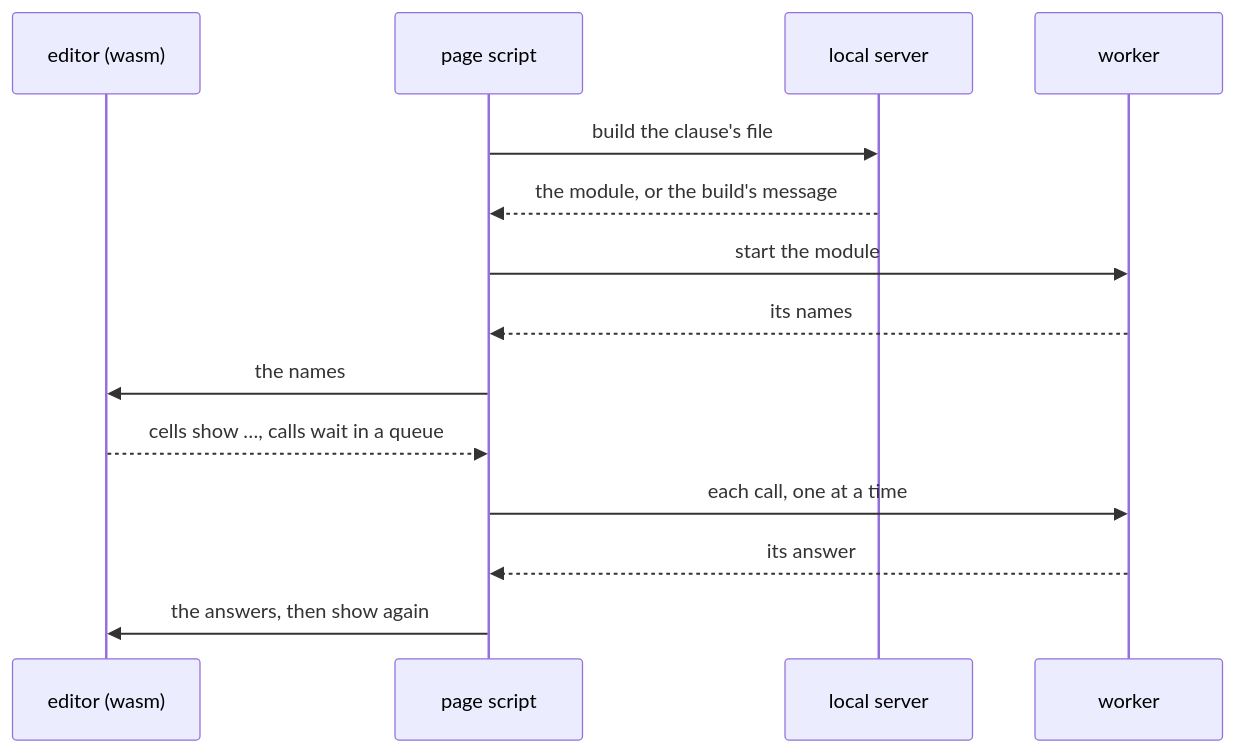
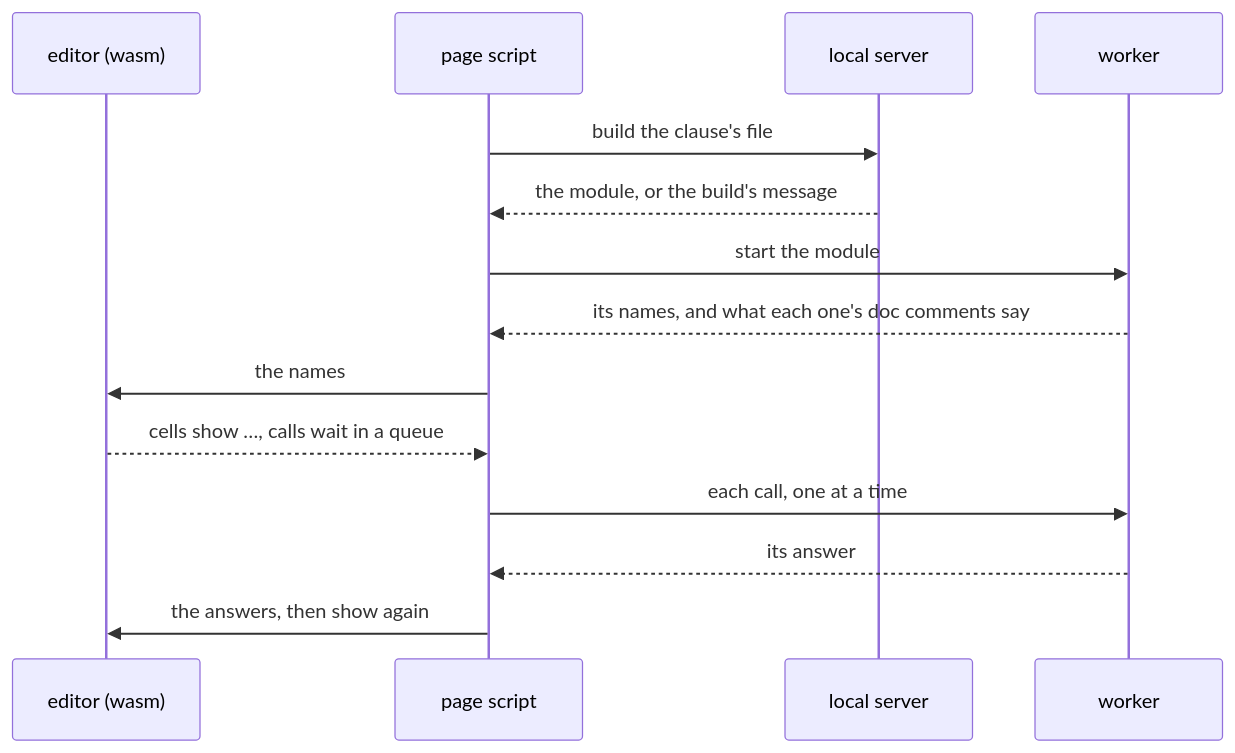
The diagram in ksmd/docs/DESIGN-page.md (kansosystem-org/kspl-experimental), drawn with Mermaid before and after one commit. The commit also changed other lines of this file and 452 other files, not shown here.

````diff
--- a/ksmd/docs/DESIGN-page.md
+++ b/ksmd/docs/DESIGN-page.md
@@ -473,16 +590,16 @@
 ```mermaid
 sequenceDiagram
     participant E as editor (wasm)
     participant P as page script
     participant S as local server
     participant W as worker
     P->>S: build the clause's file
     S-->>P: the module, or the build's message
     P->>W: start the module
-    W-->>P: its names
+    W-->>P: its names, and what each one's doc comments say
     P->>E: the names
     E-->>P: cells show …, calls wait in a queue
     P->>W: each call, one at a time
     W-->>P: its answer
     P->>E: the answers, then show again
 ```
````
